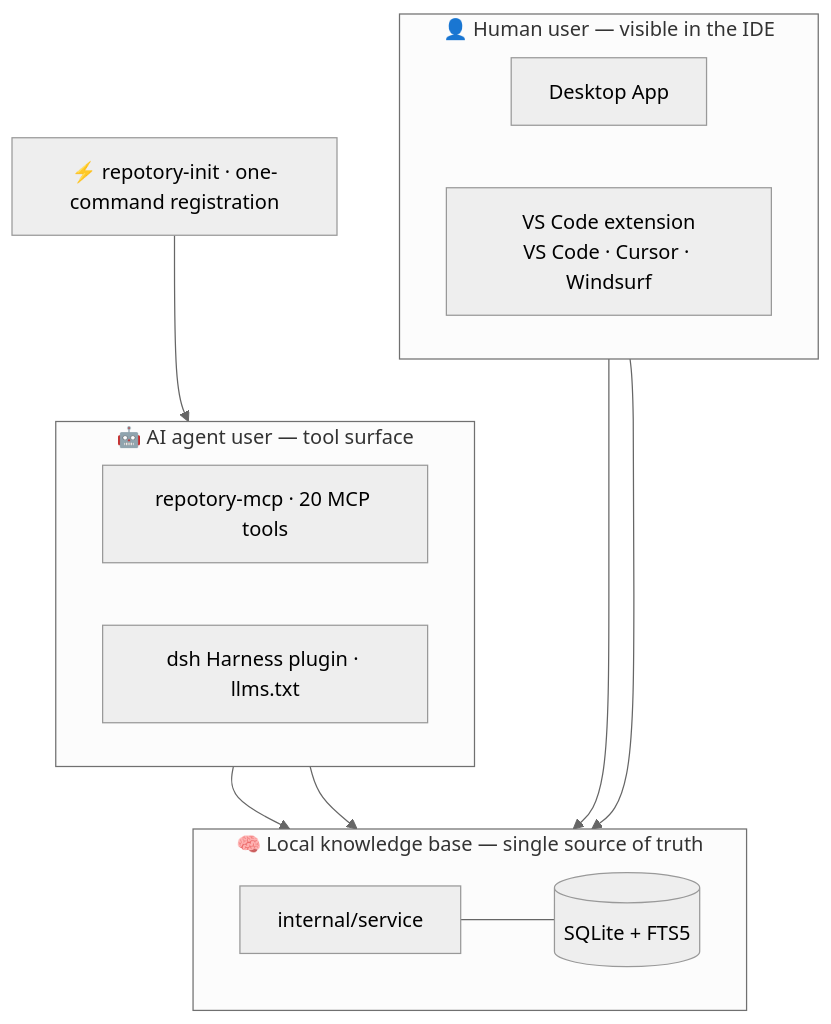
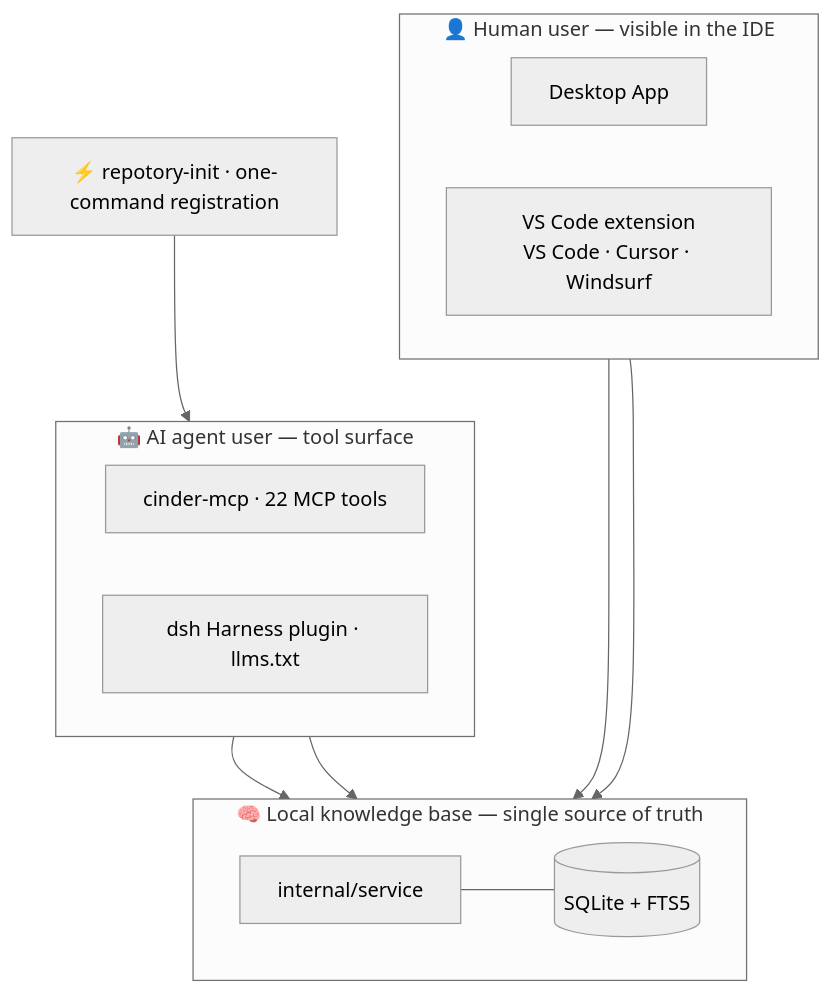
Before and after one commit to sky-jiangcheng/cinder: the fifth of 5 diagrams in docs/en/architecture.md, drawn with Mermaid (neutral theme). The commit also changed other lines of this file and 118 other files, not shown here.

````diff
--- a/docs/en/architecture.md
+++ b/docs/en/architecture.md
@@ -125,24 +125,24 @@
 ```mermaid
 flowchart TB
     subgraph HUMAN[👤 Human user — visible in the IDE]
         direction LR
         DESKTOP[Desktop App]
         VSCODE[VS Code extension<br/>VS Code · Cursor · Windsurf]
     end
     subgraph AGENT[🤖 AI agent user — tool surface]
         direction LR
-        MCP[repotory-mcp · 20 MCP tools]
+        MCP[cinder-mcp · 22 MCP tools]
         DSH[dsh Harness plugin · llms.txt]
     end
     subgraph CORE[🧠 Local knowledge base — single source of truth]
         direction LR
         SVC[internal/service] --- DB[(SQLite + FTS5)]
     end
     HUMAN ~~~ AGENT ~~~ CORE
     INIT[⚡ repotory-init · one-command registration]
     INIT --> MCP
     DESKTOP --> SVC
     VSCODE --> SVC
     MCP --> SVC
     DSH --> SVC
 ```
````
